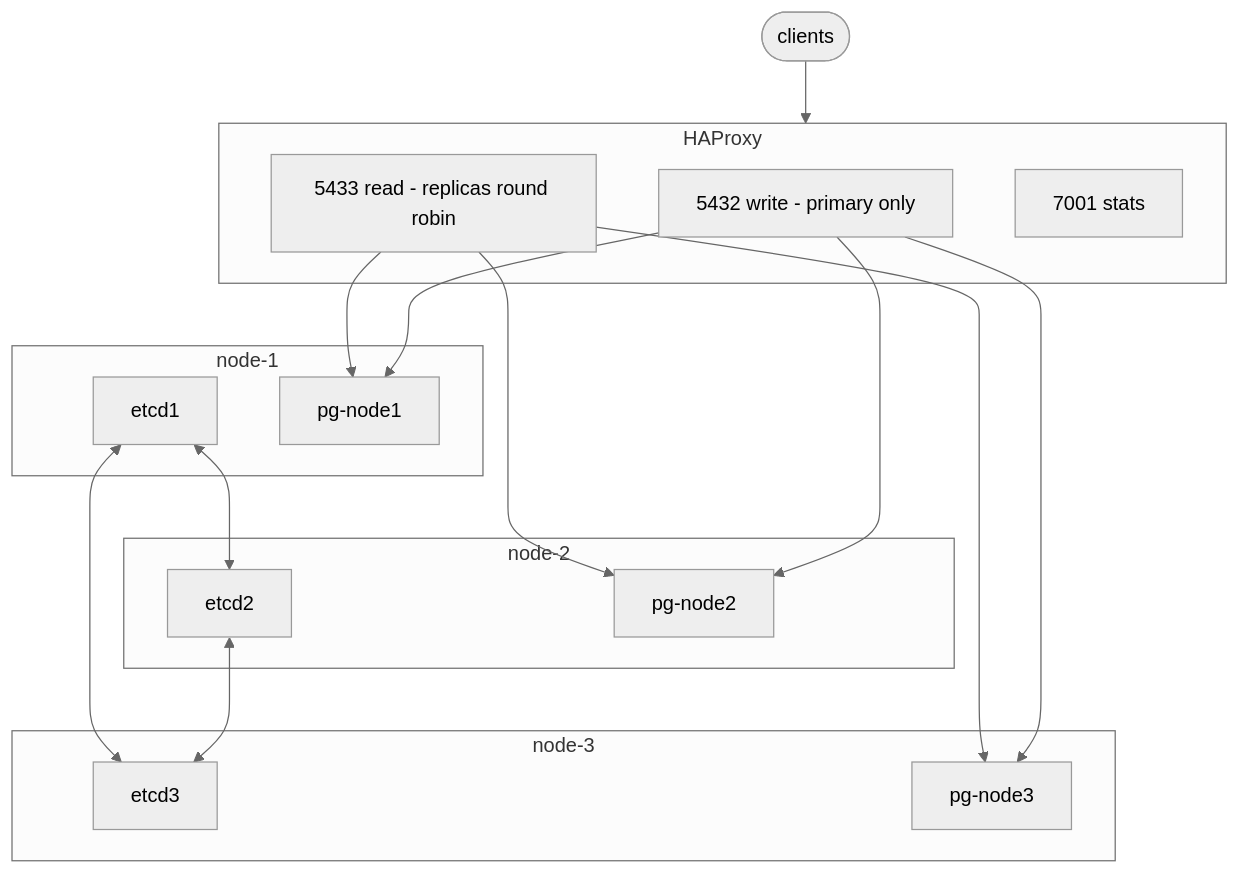
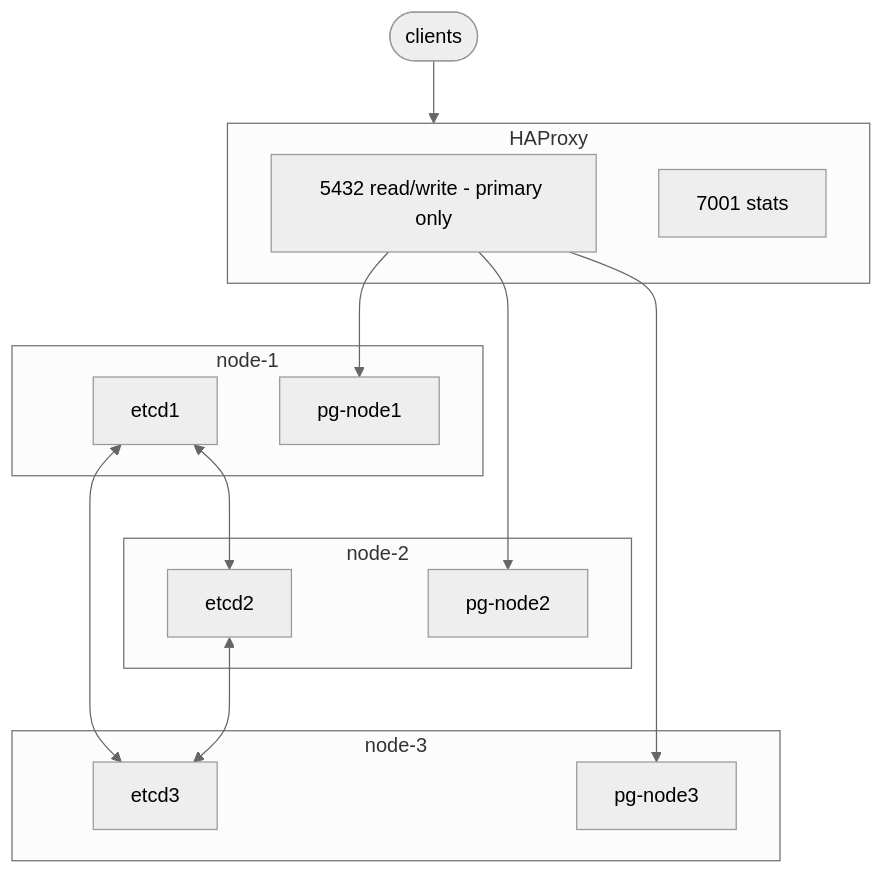
Before and after one commit to kykurniawan/pg-ha-poc: the diagram in README.md, drawn with Mermaid (neutral theme). The commit also changed other lines of this file and 4 other files, not shown here.

````diff
--- a/README.md
+++ b/README.md
@@ -19,36 +19,32 @@
 ```mermaid
 flowchart TB
     clients(["clients"]) --> haproxy
 
     subgraph haproxy["HAProxy"]
-        write["5432 write - primary only"]
-        read["5433 read - replicas round robin"]
+        rw["5432 read/write - primary only"]
         stats["7001 stats"]
     end
 
     subgraph node1["node-1"]
         etcd1["etcd1"]
         pgnode1["pg-node1"]
     end
 
     subgraph node2["node-2"]
         etcd2["etcd2"]
         pgnode2["pg-node2"]
     end
 
     subgraph node3["node-3"]
         etcd3["etcd3"]
         pgnode3["pg-node3"]
     end
 
-    write --> pgnode1
-    write --> pgnode2
-    write --> pgnode3
-    read --> pgnode1
-    read --> pgnode2
-    read --> pgnode3
+    rw --> pgnode1
+    rw --> pgnode2
+    rw --> pgnode3
 
     etcd1 <--> etcd2
     etcd2 <--> etcd3
     etcd1 <--> etcd3
 ```
````
